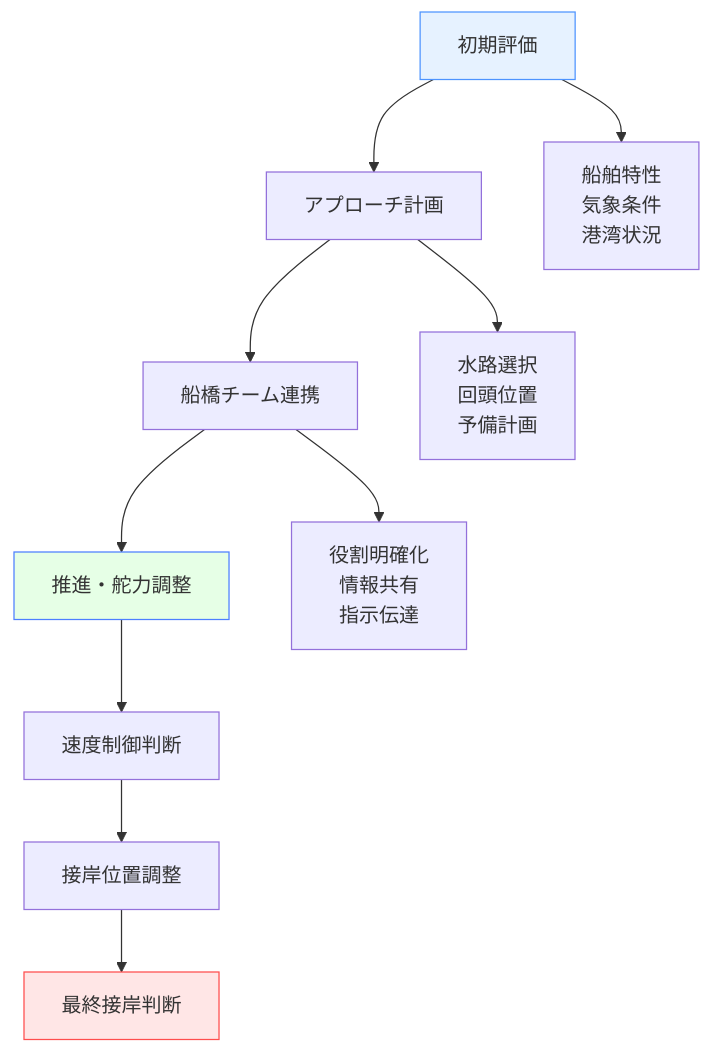
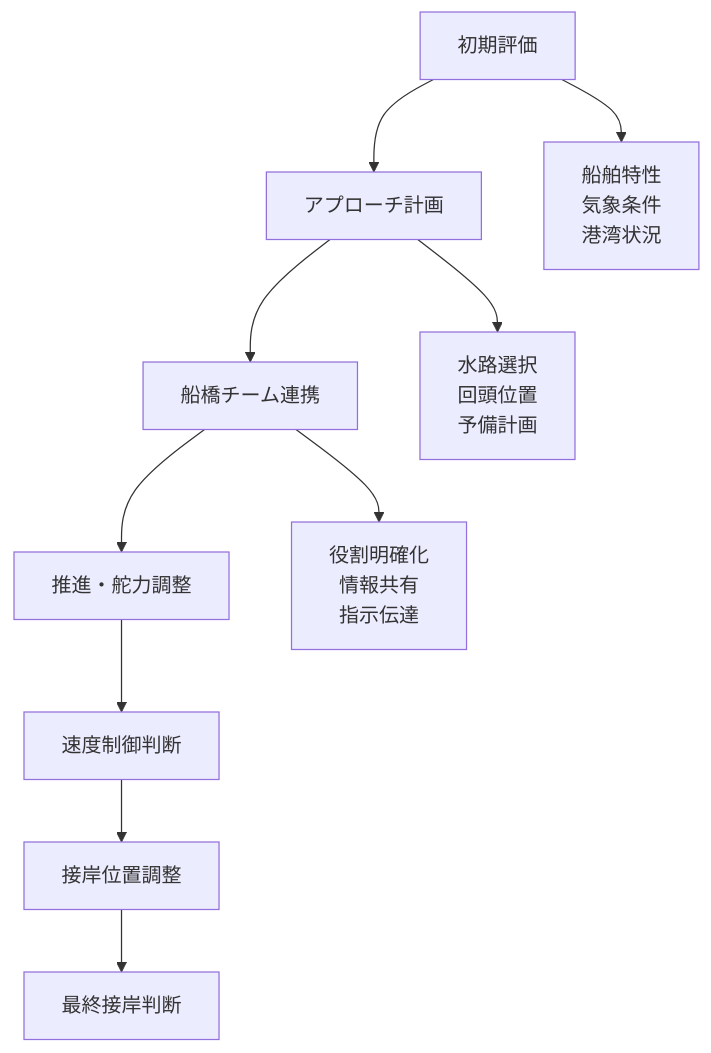
The seventh of 11 diagrams in docs/applications/maritime-dm.md (shuji-bonji/Situational-Awareness-and-Decision-Making), drawn with Mermaid before and after one commit. The commit also changed other lines of this file and 49 other files, not shown here.

Commit message:
fix: ダークモードで見づらい図の色の変更

````diff
--- a/docs/applications/maritime-dm.md
+++ b/docs/applications/maritime-dm.md
@@ -253,17 +253,17 @@
     ```mermaid
     graph TD
         A[初期評価] --> B[アプローチ計画]
         B --> C[船橋チーム連携]
         C --> D[推進・舵力調整]
         D --> E[速度制御判断]
         E --> F[接岸位置調整]
         F --> G[最終接岸判断]
         
         A --> A1[船舶特性<br>気象条件<br>港湾状況]
         B --> B1[水路選択<br>回頭位置<br>予備計画]
         C --> C1[役割明確化<br>情報共有<br>指示伝達]
         
-        style A fill:#e6f2ff,stroke:#4d94ff
-        style D fill:#e6ffe6,stroke:#4d7fff
-        style G fill:#ffe6e6,stroke:#ff4d4d
+    
+    
+    
     ```
````
